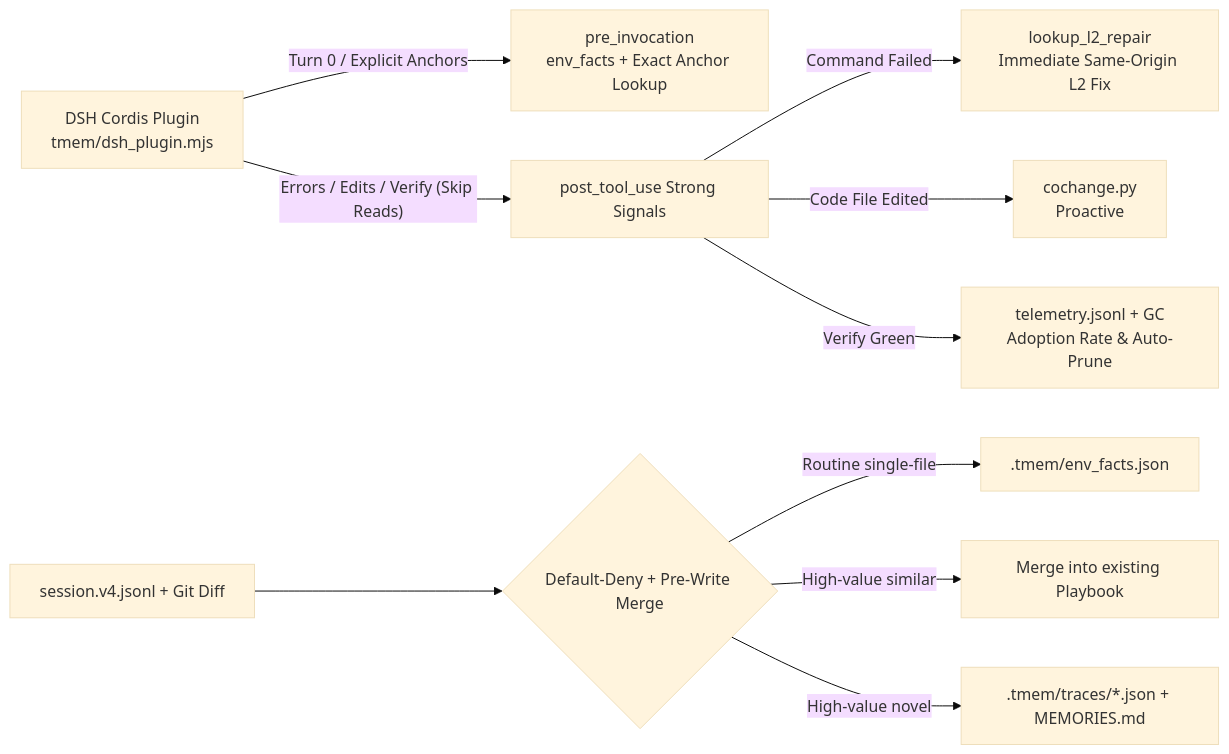
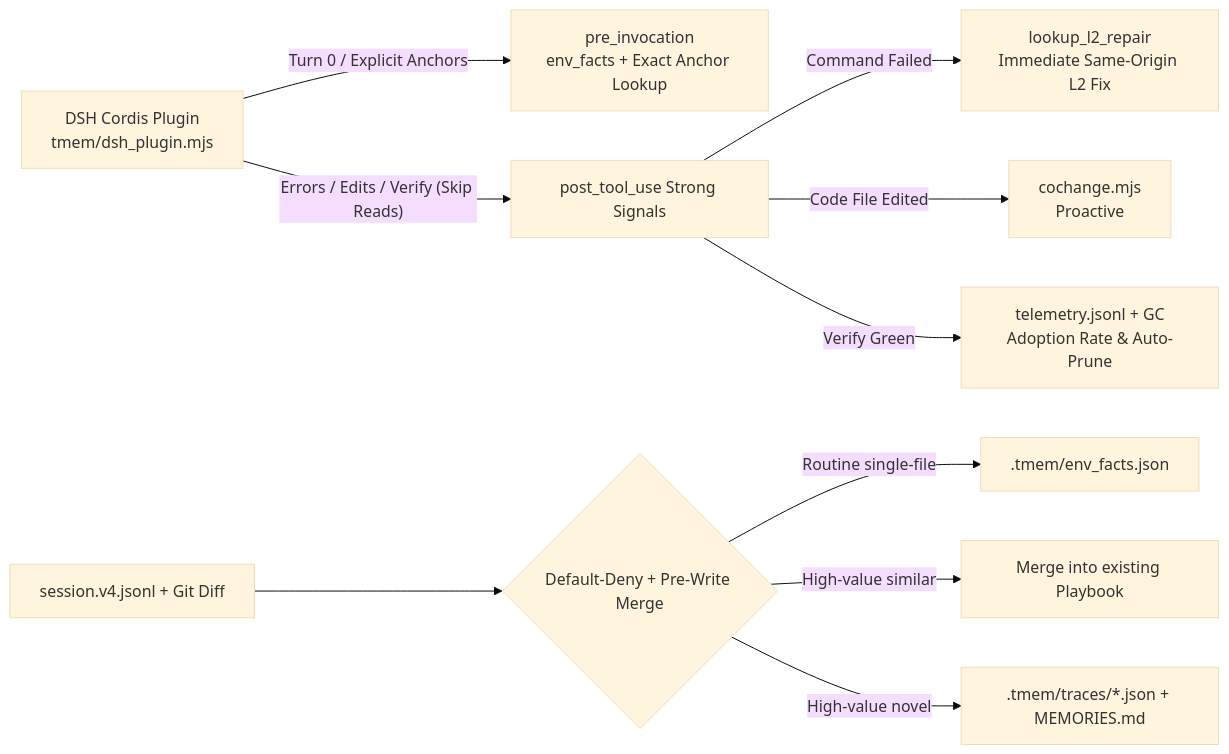
The diagram in README_EN.md (kentzjh-cmd/tmem), drawn with Mermaid (base theme) before and after one commit. The commit also changed other lines of this file and 28 other files, not shown here.

````diff
--- a/README_EN.md
+++ b/README_EN.md
@@ -55,12 +55,12 @@
 ```mermaid
 flowchart LR
     DSH["DSH Cordis Plugin<br/>tmem/dsh_plugin.mjs"] -->|"Turn 0 / Explicit Anchors"| Pre["pre_invocation<br/>env_facts + Exact Anchor Lookup"]
     DSH -->|"Errors / Edits / Verify (Skip Reads)"| Post["post_tool_use Strong Signals"]
     Post -->|"Command Failed"| L2["lookup_l2_repair<br/>Immediate Same-Origin L2 Fix"]
-    Post -->|"Code File Edited"| L1["cochange.py<br/>Proactive <tmem_cochange_hint>"]
+    Post -->|"Code File Edited"| L1["cochange.mjs<br/>Proactive <tmem_cochange_hint>"]
     Post -->|"Verify Green"| Tel["telemetry.jsonl + GC<br/>Adoption Rate & Auto-Prune"]
     Log["session.v4.jsonl + Git Diff"] --> Gate{"Default-Deny + Pre-Write Merge"}
     Gate -->|"Routine single-file"| Env[".tmem/env_facts.json"]
     Gate -->|"High-value similar"| Merge["Merge into existing Playbook"]
     Gate -->|"High-value novel"| Traces[".tmem/traces/*.json + MEMORIES.md"]
 ```
````
